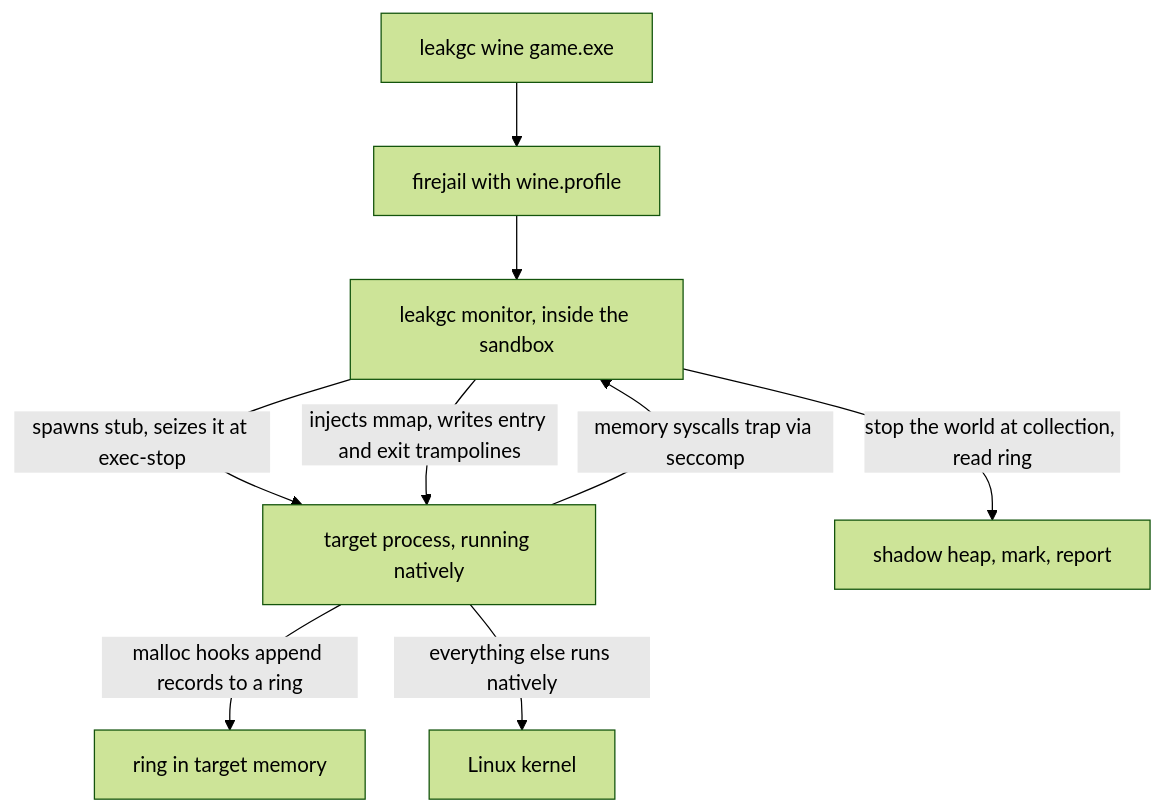
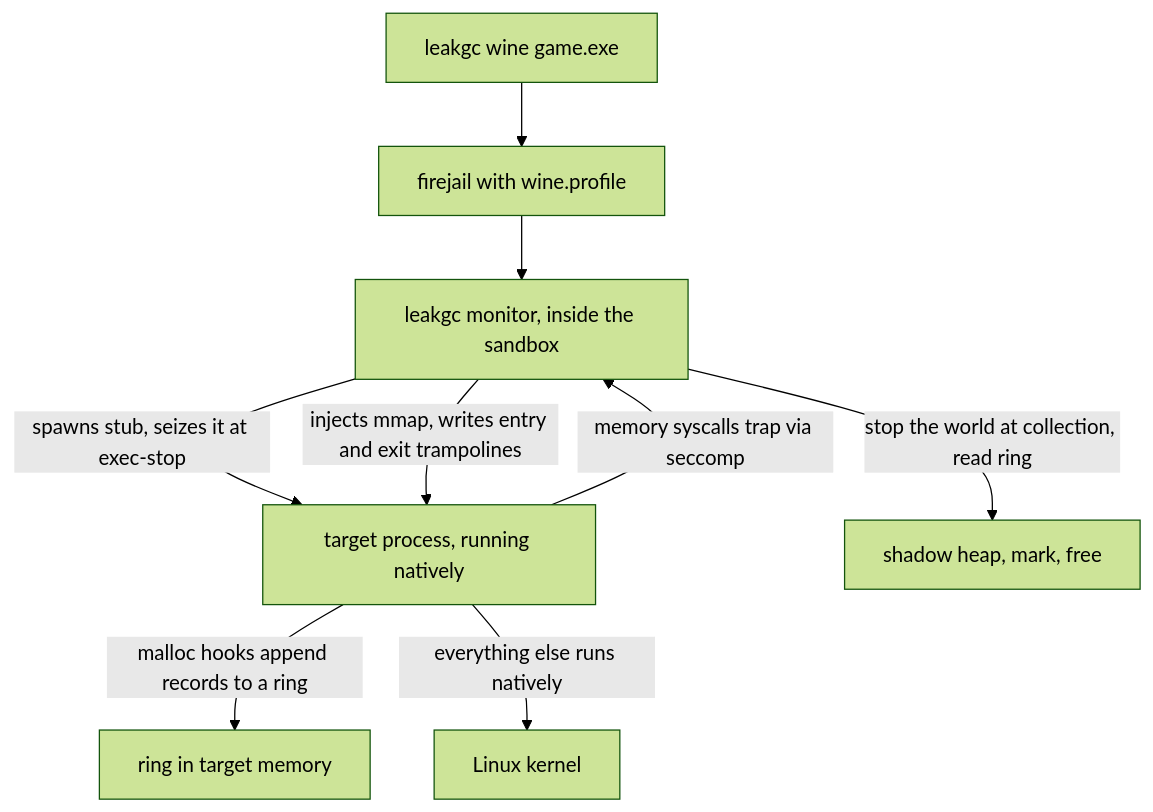
One commit to juanmaneo/leakgc changed the diagram in PLAN.md. Above: the diagram before and after it, drawn with Mermaid (forest theme). The commit also changed other lines of this file, not shown here.

````diff
--- a/PLAN.md
+++ b/PLAN.md
@@ -46,11 +46,11 @@
 ```mermaid
 flowchart TD
     U[leakgc wine game.exe] --> F[firejail with wine.profile]
     F --> S[leakgc monitor, inside the sandbox]
     S -->|spawns stub, seizes it at exec-stop| T[target process, running natively]
     S -->|injects mmap, writes entry and exit trampolines| T
     T -->|malloc hooks append records to a ring| R[ring in target memory]
     T -->|memory syscalls trap via seccomp| S
     T -->|everything else runs natively| K[Linux kernel]
-    S -->|stop the world at collection, read ring| G[shadow heap, mark, report]
+    S -->|stop the world at collection, read ring| G[shadow heap, mark, free]
 ```
````
